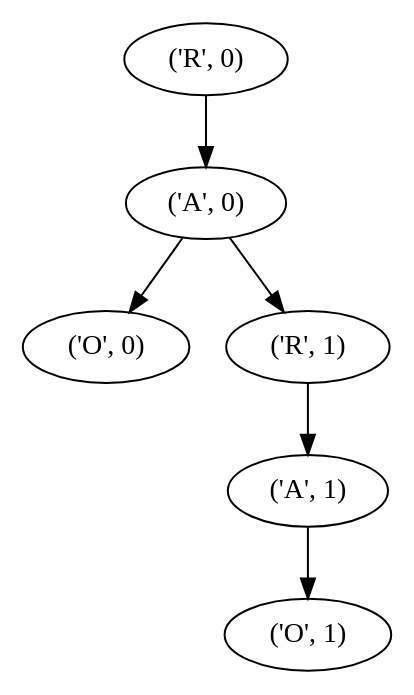
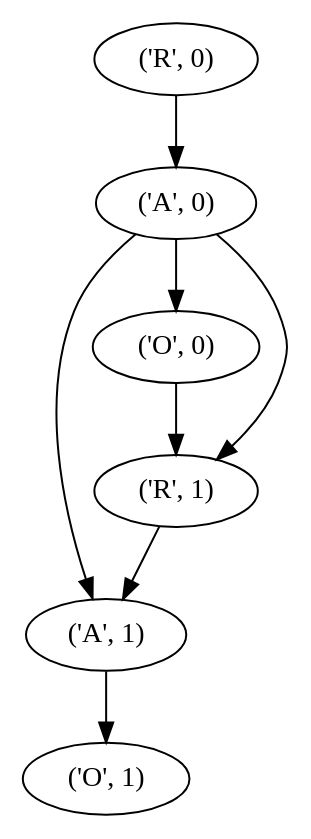
One commit to ercarpio/SG_DBN changed the diagram in output/network.dot. Above: the diagram before and after it, drawn with Graphviz. The commit also changed 3 other files, not shown here.

```diff
--- a/output/network.dot
+++ b/output/network.dot
@@ -1,13 +1,15 @@
 strict digraph  {
 "('A', 1)" [weight=None];
 "('A', 0)" [weight=None];
 "('O', 1)" [weight=None];
 "('O', 0)" [weight=None];
 "('R', 0)" [weight=None];
 "('R', 1)" [weight=None];
 "('A', 1)" -> "('O', 1)"  [weight=None];
+"('A', 0)" -> "('A', 1)"  [weight=None];
 "('A', 0)" -> "('R', 1)"  [weight=None];
 "('A', 0)" -> "('O', 0)"  [weight=None];
+"('O', 0)" -> "('R', 1)"  [weight=None];
 "('R', 0)" -> "('A', 0)"  [weight=None];
 "('R', 1)" -> "('A', 1)"  [weight=None];
 }
```
